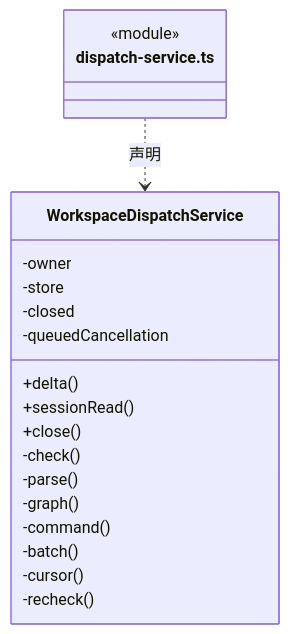
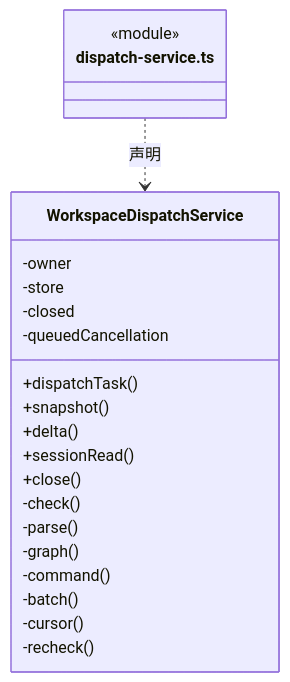
Before and after one commit to nan023062/cbim: the seventh of 44 diagrams in src/backend/scheduler-engine/execution/ARCHITECTURE.md, drawn with Mermaid. The commit also changed other lines of this file and 53 other files, not shown here.

````diff
--- a/src/backend/scheduler-engine/execution/ARCHITECTURE.md
+++ b/src/backend/scheduler-engine/execution/ARCHITECTURE.md
@@ -229,23 +230,25 @@
 ```mermaid
 classDiagram
 class N_src_backend_scheduler_engine_execution_dispatch_service_ts["dispatch-service.ts"] {
   <<module>>
 }
 class N_src_backend_scheduler_engine_execution_dispatch_service_ts_WorkspaceDispatchService["WorkspaceDispatchService"] {
+  +dispatchTask()
+  +snapshot()
   +delta()
   +sessionRead()
   +close()
   -owner
   -store
   -closed
   -queuedCancellation
   -check()
   -parse()
   -graph()
   -command()
   -batch()
   -cursor()
   -recheck()
 }
 N_src_backend_scheduler_engine_execution_dispatch_service_ts ..> N_src_backend_scheduler_engine_execution_dispatch_service_ts_WorkspaceDispatchService : 声明
 ```
````
